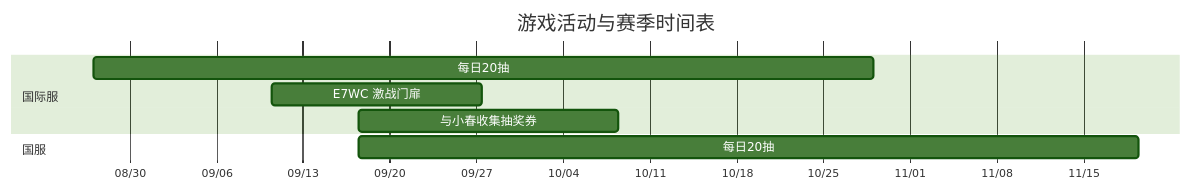
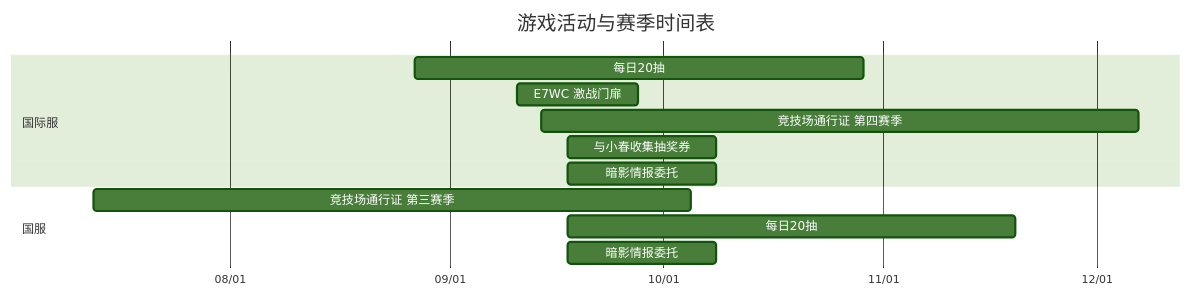
The diagram in tasks/activity/calendar.md (Rea1-ms/AutoEpicSeven), drawn with Mermaid (forest theme) before and after one commit. The commit also changed other lines of this file and 4 other files, not shown here.

Commit message:
Upd: record current arena pass and shadow commission seasons

````diff
--- a/tasks/activity/calendar.md
+++ b/tasks/activity/calendar.md
@@ -3,12 +3,16 @@
 ```mermaid
 gantt
     title 游戏活动与赛季时间表
     dateFormat YYYY-MM-DD HH:mm
     axisFormat %m/%d
     section 国际服
     每日20抽 :OVERSEA_free_gacha_20_2026_08_27, 2026-08-27 02:00, 2026-10-29 02:00
     E7WC 激战门扉 :OVERSEA_e7wc_battle_gate_2026_09_10, 2026-09-10 11:00, 2026-09-27 11:00
+    竞技场通行证 第四赛季 :OVERSEA_arena_pass_oversea_2026_season_4, 2026-09-13 20:00, 2026-12-06 20:00
     与小春收集抽奖券 :OVERSEA_koharu_raffle_2026_09_17, 2026-09-17 11:00, 2026-10-08 11:00
+    暗影情报委托 :OVERSEA_shadow_commission_2026_09_17, 2026-09-17 11:00, 2026-10-08 11:00
     section 国服
+    竞技场通行证 第三赛季 :CN_arena_pass_cn_2026_season_3, 2026-07-12 20:00, 2026-10-04 20:00
     每日20抽 :CN_free_gacha_20_2026_08_27, 2026-09-17 11:00, 2026-11-19 11:00
+    暗影情报委托 :CN_shadow_commission_2026_09_17, 2026-09-17 11:00, 2026-10-08 11:00
 ```
````
